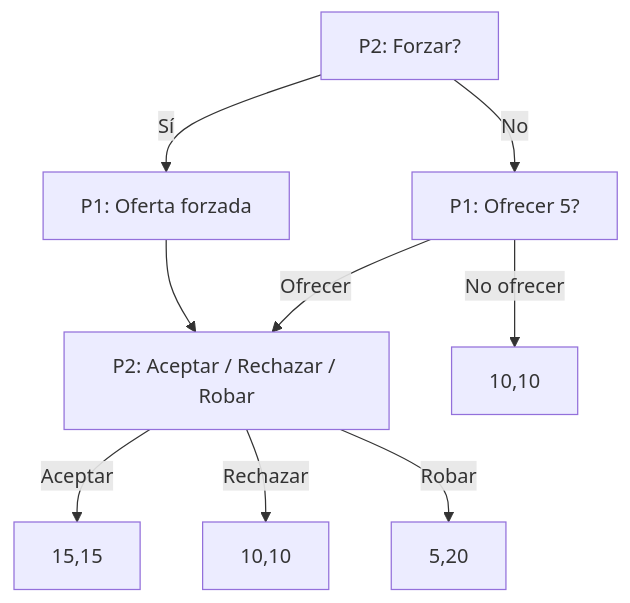
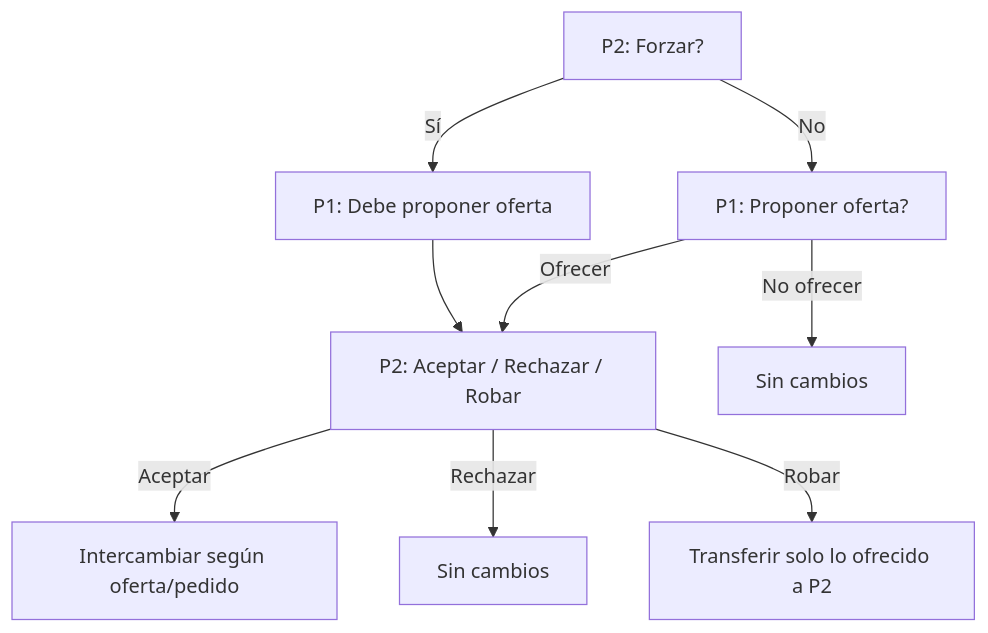
The sixth of 11 diagrams in game-design-mermaid.md (josedario87/snatchgame), drawn with Mermaid before and after one commit. The commit also changed other lines of this file and 18 other files, not shown here.

````diff
--- a/game-design-mermaid.md
+++ b/game-design-mermaid.md
@@ -159,12 +155,12 @@
 ```mermaid
 %% g2-counterproductive-rule.mmd
 flowchart TD
-  A2[P2: Forzar?] -->|Sí| F2[P1: Oferta forzada]
-  A2 -->|No| B2[P1: Ofrecer 5?]
+  A2[P2: Forzar?] -->|Sí| F2[P1: Debe proponer oferta]
+  A2 -->|No| B2[P1: Proponer oferta?]
   F2 --> C2[P2: Acción final]
-  B2 -->|No ofrecer| O1[10,10]
+  B2 -->|No ofrecer| O1[Sin cambios]
   B2 -->|Ofrecer| C2[P2: Aceptar / Rechazar / Robar]
-  C2 -->|Aceptar| O2[15,15]
-  C2 -->|Rechazar| O3[10,10]
-  C2 -->|Robar| O4[5,20]
+  C2 -->|Aceptar| O2[Intercambiar según oferta/pedido]
+  C2 -->|Rechazar| O3[Sin cambios]
+  C2 -->|Robar| O4[Transferir solo lo ofrecido a P2]
 ```
````
